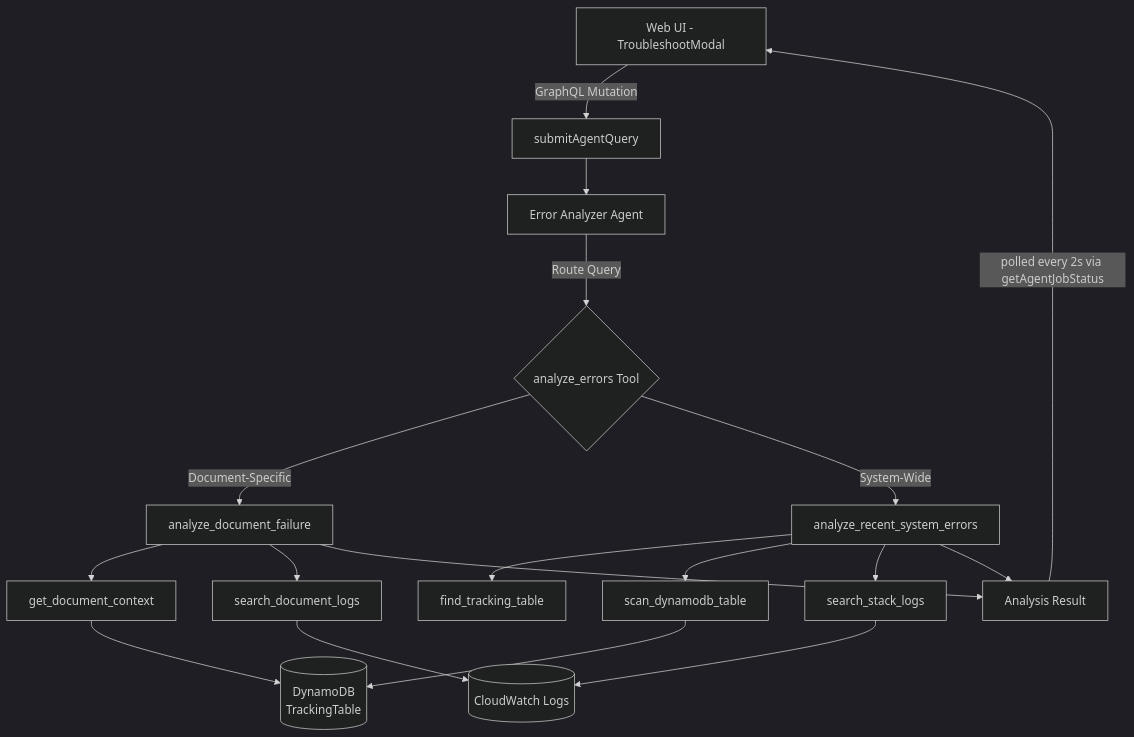
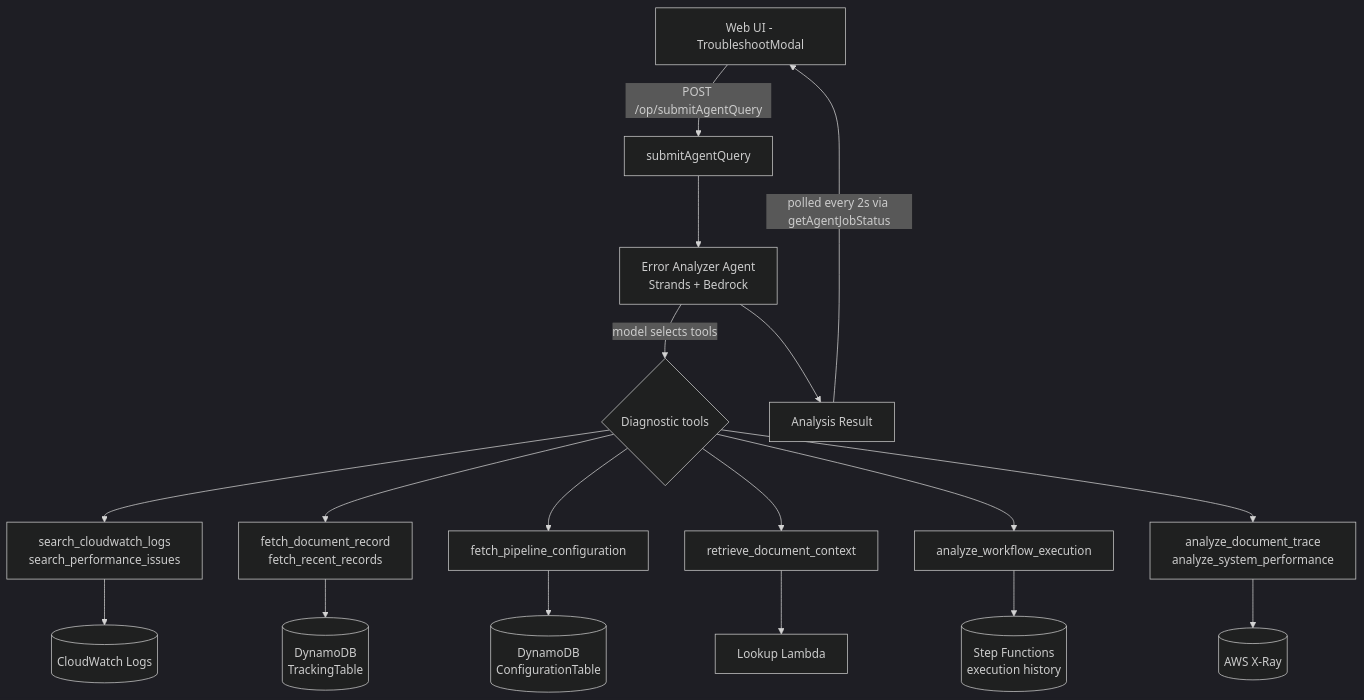
The first of 5 diagrams in docs/error-analyzer.md (aws-solutions-library-samples/accelerated-intelligent-document-processing-on-aws), drawn with Mermaid (dark theme) before and after one commit. The commit also changed other lines of this file and 72 other files, not shown here.

````diff
--- a/docs/error-analyzer.md
+++ b/docs/error-analyzer.md
@@ -38,25 +38,23 @@
 ```mermaid
 flowchart TD
-    UI[Web UI - TroubleshootModal] -->|GraphQL Mutation| Submit[submitAgentQuery]
-    Submit --> Agent[Error Analyzer Agent]
-    Agent -->|Route Query| Router{analyze_errors Tool}
-    
-    Router -->|Document-Specific| DocAnalysis[analyze_document_failure]
-    Router -->|System-Wide| SysAnalysis[analyze_recent_system_errors]
-    
-    DocAnalysis --> GetContext[get_document_context]
-    DocAnalysis --> SearchDocLogs[search_document_logs]
-    
-    SysAnalysis --> FindTable[find_tracking_table]
-    SysAnalysis --> ScanDB[scan_dynamodb_table]
-    SysAnalysis --> SearchStackLogs[search_stack_logs]
-    
-    GetContext --> DDB[(DynamoDB<br/>TrackingTable)]
-    SearchDocLogs --> CW[(CloudWatch Logs)]
-    SearchStackLogs --> CW
-    ScanDB --> DDB
-    
-    DocAnalysis --> Result[Analysis Result]
-    SysAnalysis --> Result
+    UI[Web UI - TroubleshootModal] -->|POST /op/submitAgentQuery| Submit[submitAgentQuery]
+    Submit --> Agent[Error Analyzer Agent<br/>Strands + Bedrock]
+    Agent -->|model selects tools| Tools{Diagnostic tools}
+
+    Tools --> CWTools["search_cloudwatch_logs<br/>search_performance_issues"]
+    Tools --> DDBTools["fetch_document_record<br/>fetch_recent_records"]
+    Tools --> CfgTool["fetch_pipeline_configuration"]
+    Tools --> LambdaTool["retrieve_document_context"]
+    Tools --> SFNTool["analyze_workflow_execution"]
+    Tools --> XRayTools["analyze_document_trace<br/>analyze_system_performance"]
+
+    CWTools --> CW[(CloudWatch Logs)]
+    DDBTools --> DDB[(DynamoDB<br/>TrackingTable)]
+    CfgTool --> CfgDDB[(DynamoDB<br/>ConfigurationTable)]
+    LambdaTool --> Lookup[Lookup Lambda]
+    SFNTool --> SFN[(Step Functions<br/>execution history)]
+    XRayTools --> XRay[(AWS X-Ray)]
+
+    Agent --> Result[Analysis Result]
     Result -->|polled every 2s via getAgentJobStatus| UI
 ```
````
